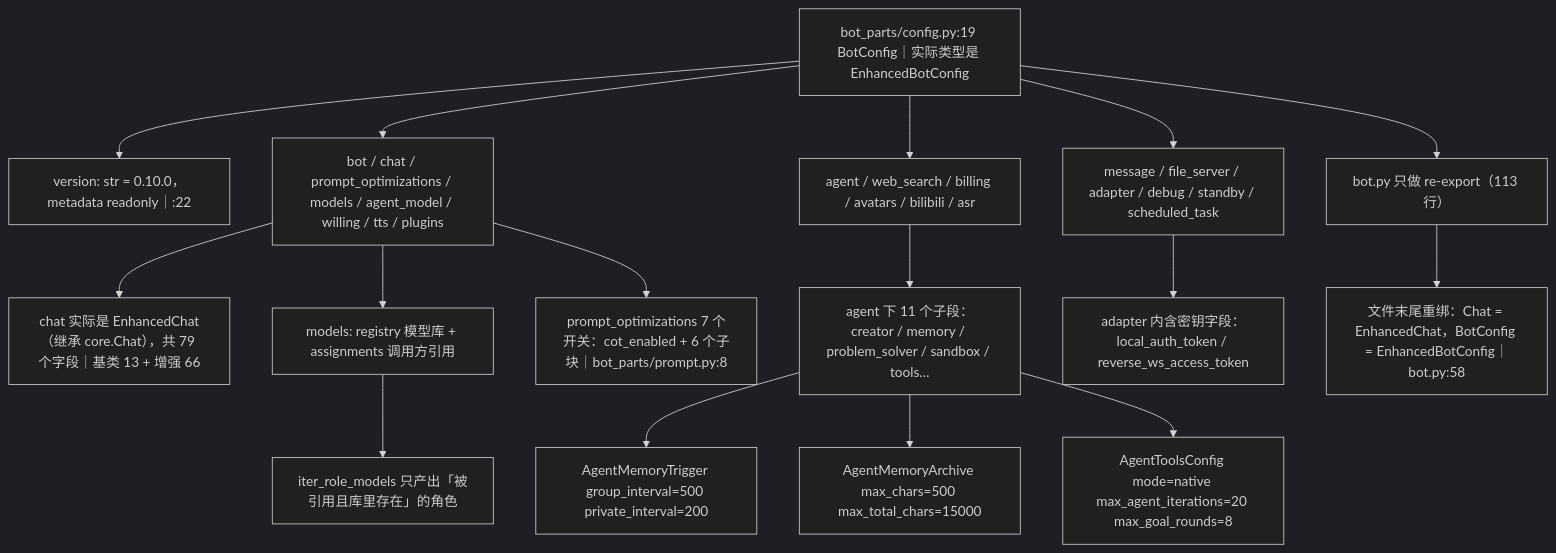
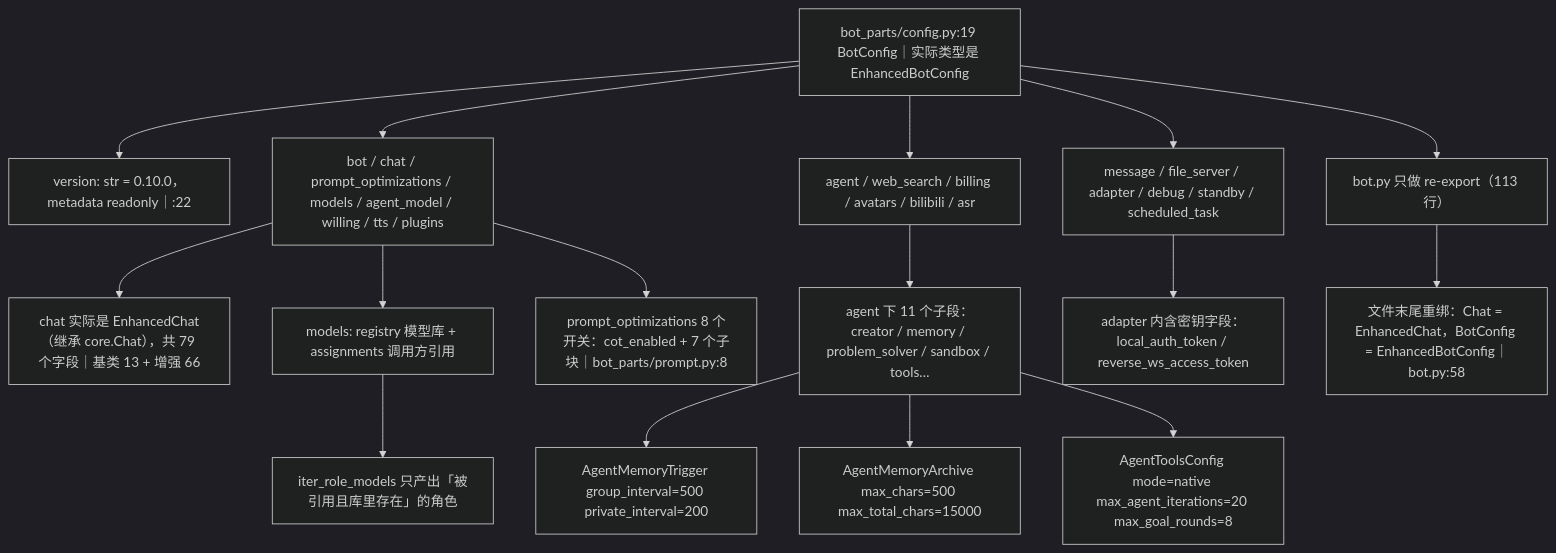
Before and after one commit to SuperQuail/NeoBot: the third of 12 diagrams in docs/flow/01b-config-system.md, drawn with Mermaid (dark theme). The commit also changed other lines of this file and 13 other files, not shown here.

````diff
--- a/docs/flow/01b-config-system.md
+++ b/docs/flow/01b-config-system.md
@@ -134,18 +134,18 @@
 ```mermaid
 flowchart TD
     A["bot_parts/config.py:19 BotConfig｜实际类型是 EnhancedBotConfig"] --> B["version: str = 0.10.0，metadata readonly｜:22"]
     A --> C["bot / chat / prompt_optimizations / models / agent_model / willing / tts / plugins"]
     A --> D["message / file_server / adapter / debug / standby / scheduled_task"]
     A --> E["agent / web_search / billing / avatars / bilibili / asr"]
     C --> C1["chat 实际是 EnhancedChat（继承 core.Chat），共 79 个字段｜基类 13 + 增强 66"]
     C --> C2["models: registry 模型库 + assignments 调用方引用"]
     C2 --> C3["iter_role_models 只产出「被引用且库里存在」的角色"]
-    C --> C4["prompt_optimizations 7 个开关：cot_enabled + 6 个子块｜bot_parts/prompt.py:8"]
+    C --> C4["prompt_optimizations 8 个开关：cot_enabled + 7 个子块｜bot_parts/prompt.py:8"]
     E --> E1["agent 下 11 个子段：creator / memory / problem_solver / sandbox / tools…"]
     E1 --> E2["AgentMemoryTrigger group_interval=500 private_interval=200"]
     E1 --> E3["AgentMemoryArchive max_chars=500 max_total_chars=15000"]
     E1 --> E4["AgentToolsConfig mode=native max_agent_iterations=20 max_goal_rounds=8"]
     D --> D1["adapter 内含密钥字段：local_auth_token / reverse_ws_access_token"]
     A --> F["bot.py 只做 re-export（113 行）"]
     F --> F1["文件末尾重绑：Chat = EnhancedChat，BotConfig = EnhancedBotConfig｜bot.py:58"]
 ```
````
